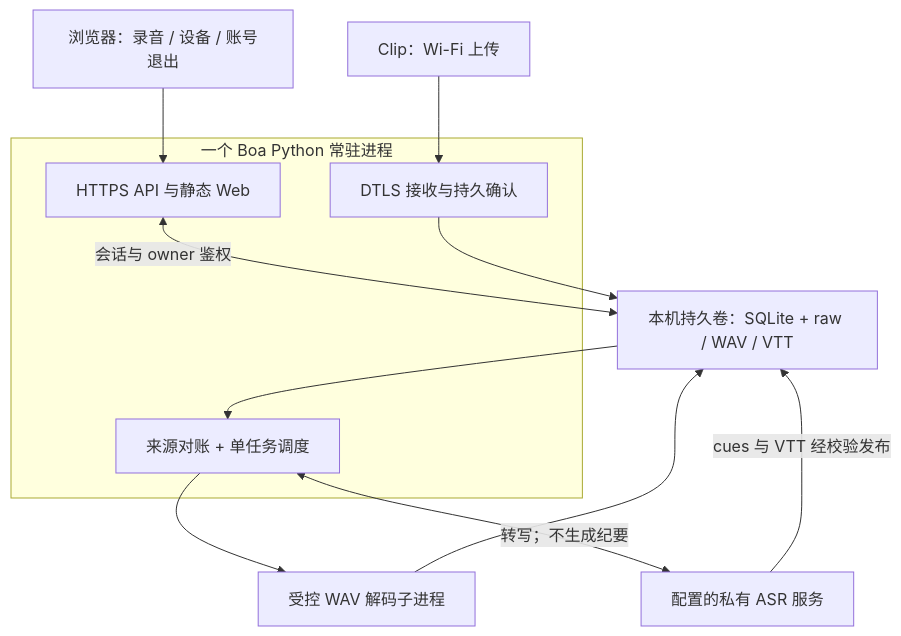
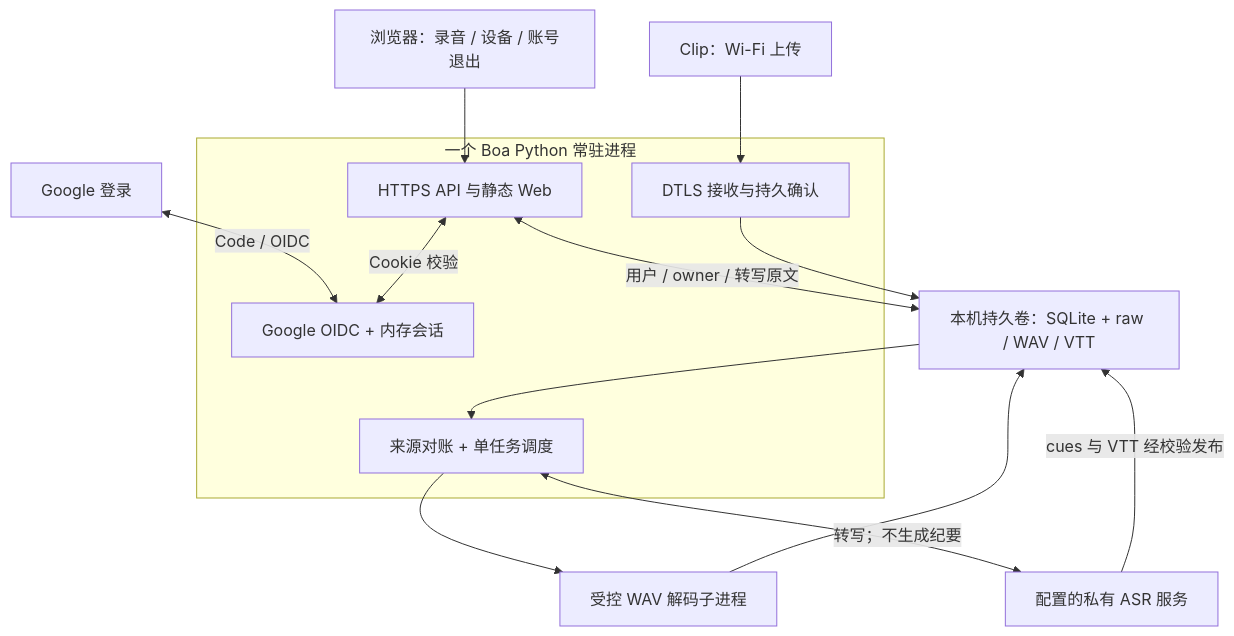
Before and after one commit to boboliu-1010/speaker: the diagram in docs/assets/diagrams/01-system-architecture.mmd, drawn with Mermaid. The commit also changed 27 other files, not shown here.

Commit message:
docs: complete diagram-first design with memory login and transcript storage

```diff
--- a/docs/assets/diagrams/01-system-architecture.mmd
+++ b/docs/assets/diagrams/01-system-architecture.mmd
@@ -1,18 +1,21 @@
 flowchart TB
     Browser["浏览器：录音 / 设备 / 账号退出"] --> API
     Clip["Clip：Wi-Fi 上传"] --> DTLS
     subgraph Boa["一个 Boa Python 常驻进程"]
         API["HTTPS API 与静态 Web"]
         DTLS["DTLS 接收与持久确认"]
+        Auth["Google OIDC + 内存会话"]
         Jobs["来源对账 + 单任务调度"]
     end
     Data["本机持久卷：SQLite + raw / WAV / VTT"]
     Tool["受控 WAV 解码子进程"]
     ASR["配置的私有 ASR 服务"]
-    API <-->|"会话与 owner 鉴权"| Data
+    API <-->|"用户 / owner / 转写原文"| Data
     DTLS --> Data
     Data --> Jobs
     Jobs --> Tool
     Tool --> Data
     Jobs <-->|"转写；不生成纪要"| ASR
     ASR -->|"cues 与 VTT 经校验发布"| Data
+    Google["Google 登录"] <-->|"Code / OIDC"| Auth
+    API <-->|"Cookie 校验"| Auth
```
